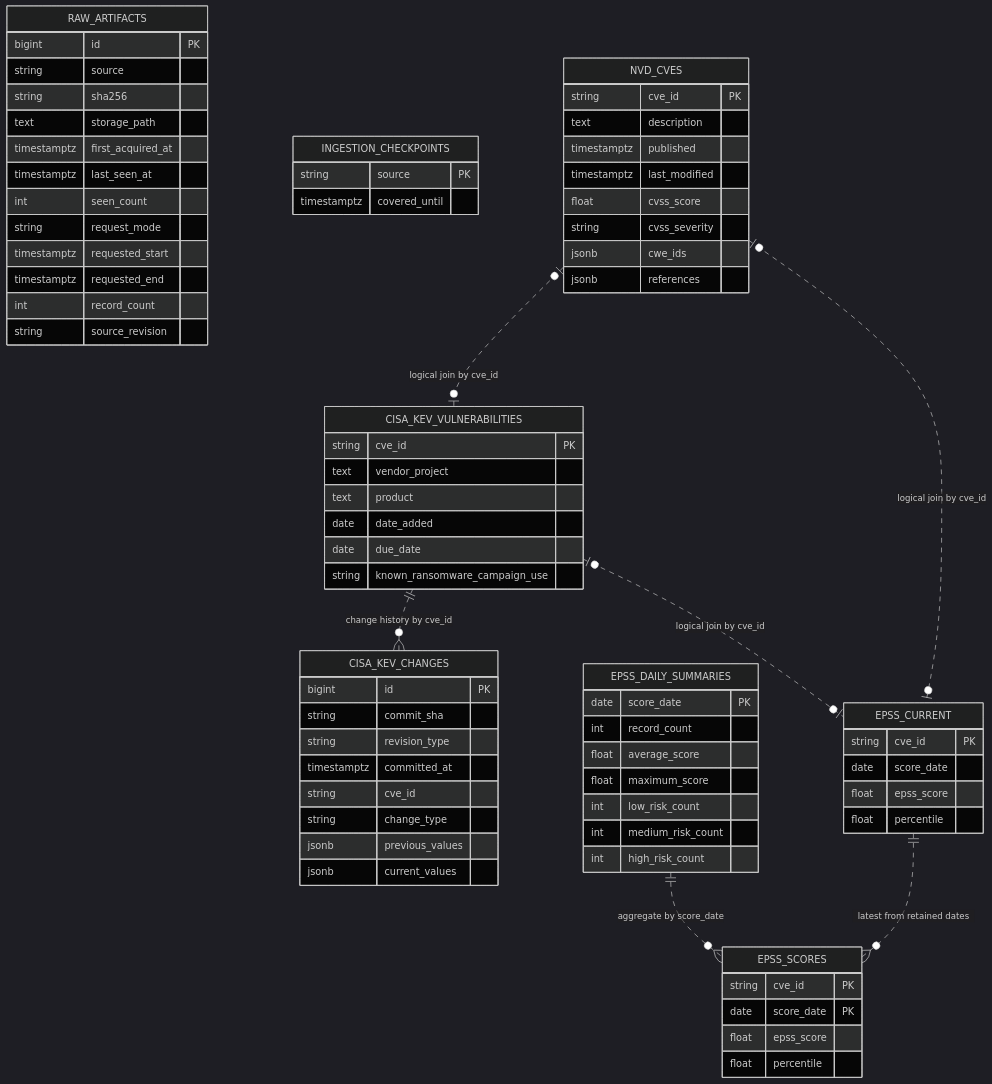
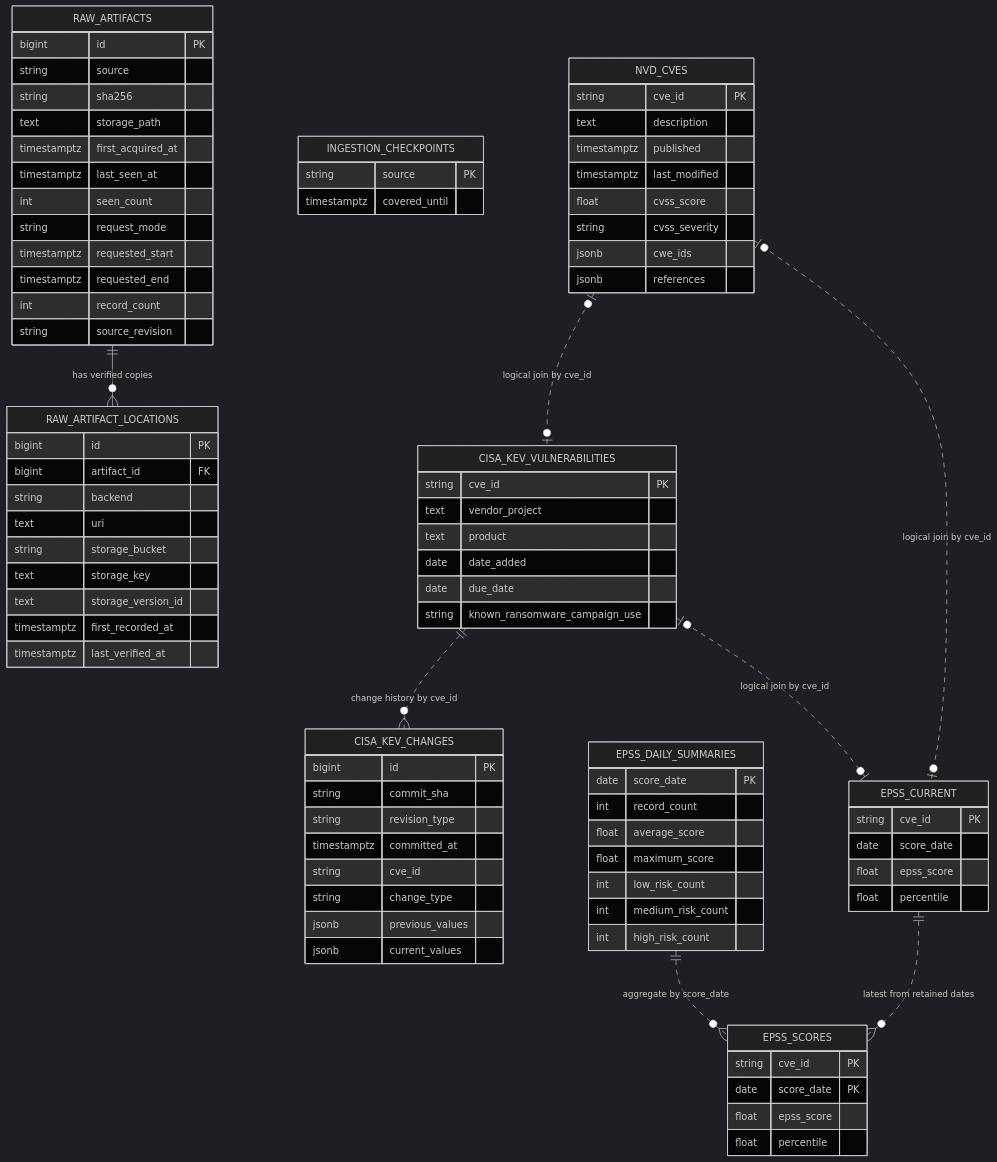
One commit to NataliaGurevich/threatflow-platform-capstone changed the diagram in docs/data-model.md. Above: the diagram before and after it, drawn with Mermaid (dark theme). The commit also changed other lines of this file and 22 other files, not shown here.

````diff
--- a/docs/data-model.md
+++ b/docs/data-model.md
@@ -21,6 +21,18 @@
         timestamptz requested_end
         int record_count
         string source_revision
+    }
+
+    RAW_ARTIFACT_LOCATIONS {
+        bigint id PK
+        bigint artifact_id FK
+        string backend
+        text uri
+        string storage_bucket
+        text storage_key
+        text storage_version_id
+        timestamptz first_recorded_at
+        timestamptz last_verified_at
     }
 
     INGESTION_CHECKPOINTS {
@@ -89,4 +101,5 @@
     CISA_KEV_VULNERABILITIES ||..o{ CISA_KEV_CHANGES : "change history by cve_id"
     EPSS_CURRENT ||..o{ EPSS_SCORES : "latest from retained dates"
     EPSS_DAILY_SUMMARIES ||..o{ EPSS_SCORES : "aggregate by score_date"
+    RAW_ARTIFACTS ||--o{ RAW_ARTIFACT_LOCATIONS : "has verified copies"
 ```
````
